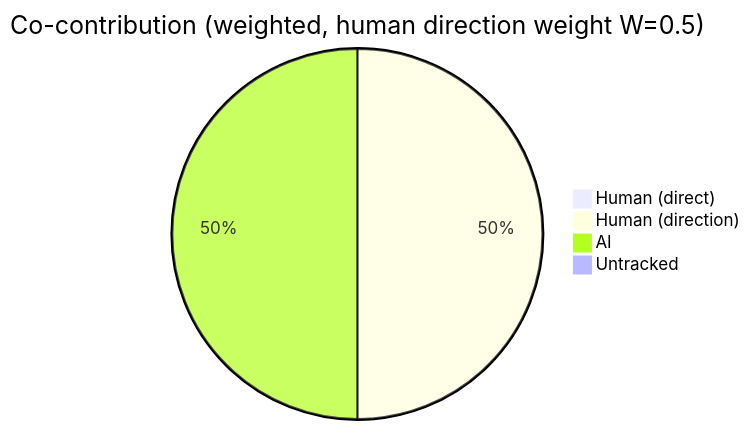
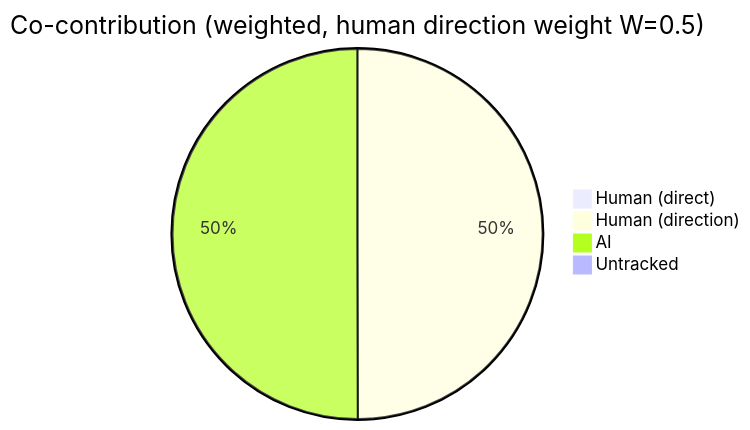
The first of 4 diagrams in AI-AUTHORSHIP.md (CaliMark/ai-authorship), drawn with Mermaid before and after one commit. The commit also changed other lines of this file and 1 other file, not shown here.

````diff
--- a/AI-AUTHORSHIP.md
+++ b/AI-AUTHORSHIP.md
@@ -23,7 +23,7 @@
 ```mermaid
 pie title Co-contribution (weighted, human direction weight W=0.5)
     "Human (direct)" : 0
-    "Human (direction)" : 806
-    "AI" : 806
+    "Human (direction)" : 762
+    "AI" : 763
     "Untracked" : 0
 ```
````
